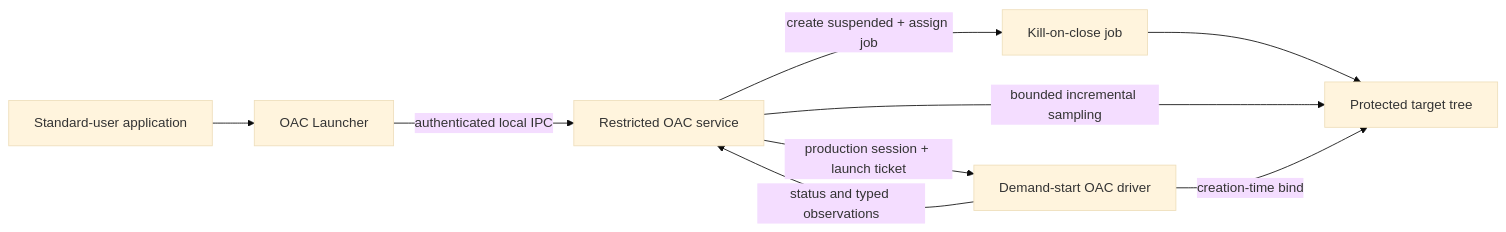
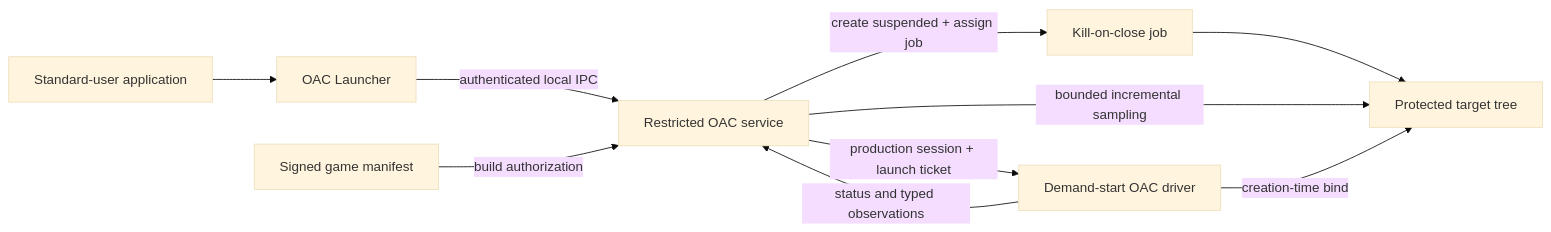
The diagram in README.md (lauralex/OAC), drawn with Mermaid (base theme) before and after one commit. The commit also changed other lines of this file and 32 other files, not shown here.

Commit message:
Authorize launches with signed game manifests

````diff
--- a/README.md
+++ b/README.md
@@ -41,11 +41,12 @@
 ```mermaid
 flowchart LR
     User["Standard-user application"] --> Launcher["OAC Launcher"]
     Launcher -->|"authenticated local IPC"| Service["Restricted OAC service"]
+    Manifest["Signed game manifest"] -->|"build authorization"| Service
     Service -->|"production session + launch ticket"| Driver["Demand-start OAC driver"]
     Service -->|"create suspended + assign job"| Job["Kill-on-close job"]
     Job --> Target["Protected target tree"]
     Service -->|"bounded incremental sampling"| Target
     Driver -->|"creation-time bind"| Target
     Driver -->|"status and typed observations"| Service
 ```
````
